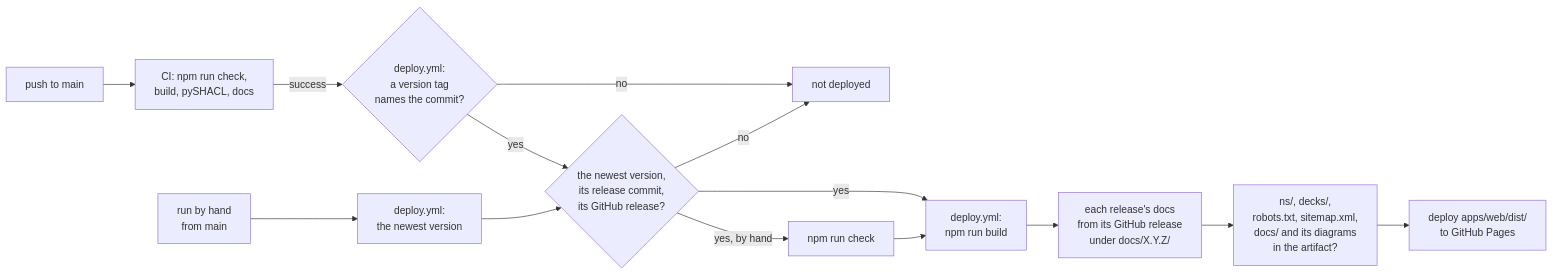
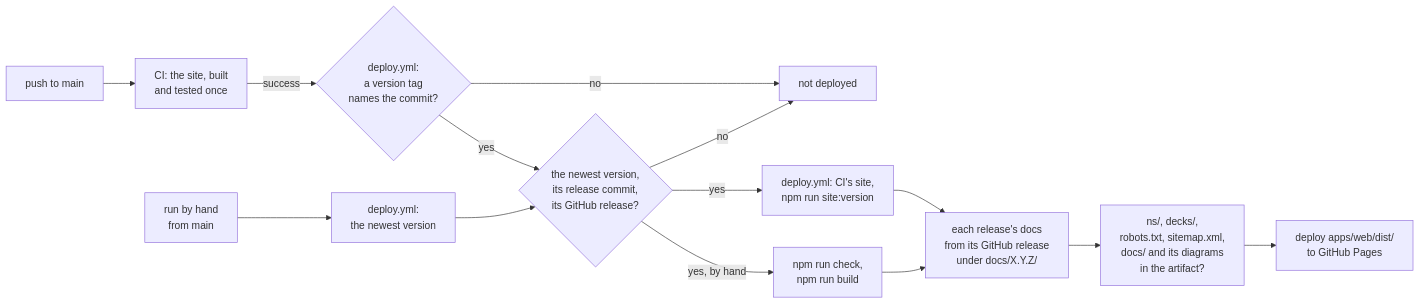
The diagram in docs/deployment.md (solid-memo/website), drawn with Mermaid before and after one commit. The commit also changed other lines of this file and 14 other files, not shown here.

````diff
--- a/docs/deployment.md
+++ b/docs/deployment.md
@@ -17,12 +17,12 @@
 ```mermaid
 flowchart LR
     accTitle: When a version is deployed
-    accDescr: A push to main, or a run by hand, deploys only the newest version, from its release commit and with its GitHub release, after the build, each release's docs and the guard.
-    push["push to main"] --> ci["CI: npm run check,<br/>build, pySHACL, docs"] -->|success| tag{"deploy.yml:<br/>a version tag<br/>names the commit?"}
+    accDescr: A push to main, or a run by hand, deploys only the newest version, from its release commit and with its GitHub release: after CI, the site CI built and tested, given the version; by hand, a build after npm run check; then each release's docs and the guard.
+    push["push to main"] --> ci["CI: the site, built<br/>and tested once"] -->|success| tag{"deploy.yml:<br/>a version tag<br/>names the commit?"}
     tag -->|no| skip["not deployed"]
     tag -->|yes| release{"the newest version,<br/>its release commit,<br/>its GitHub release?"}
     release -->|no| skip
-    release -->|yes| build["deploy.yml:<br/>npm run build"] --> versions["each release's docs<br/>from its GitHub release<br/>under docs/X.Y.Z/"] --> guard["ns/, decks/,<br/>robots.txt, sitemap.xml,<br/>docs/ and its diagrams<br/>in the artifact?"] --> pages["deploy apps/web/dist/<br/>to GitHub Pages"]
+    release -->|yes| site["deploy.yml: CI's site,<br/>npm run site:version"] --> versions["each release's docs<br/>from its GitHub release<br/>under docs/X.Y.Z/"] --> guard["ns/, decks/,<br/>robots.txt, sitemap.xml,<br/>docs/ and its diagrams<br/>in the artifact?"] --> pages["deploy apps/web/dist/<br/>to GitHub Pages"]
     hand["run by hand<br/>from main"] --> newest["deploy.yml:<br/>the newest version"] --> release
-    release -->|"yes, by hand"| check["npm run check"] --> build
+    release -->|"yes, by hand"| check["npm run check,<br/>npm run build"] --> versions
 ```
````
